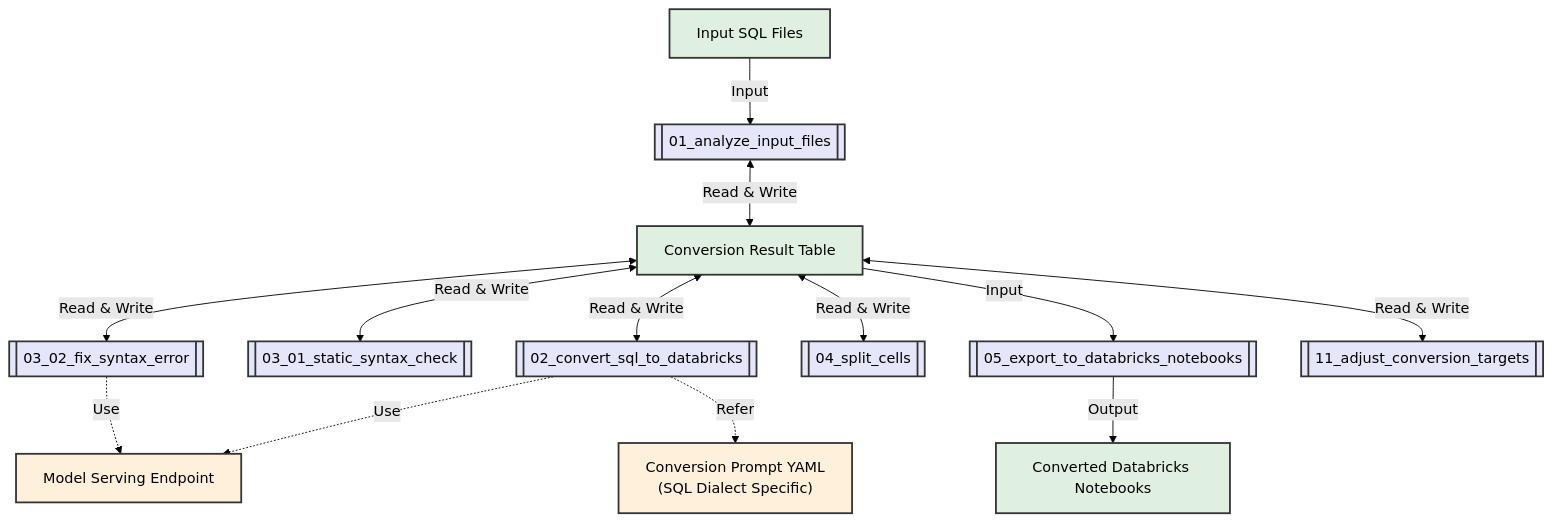
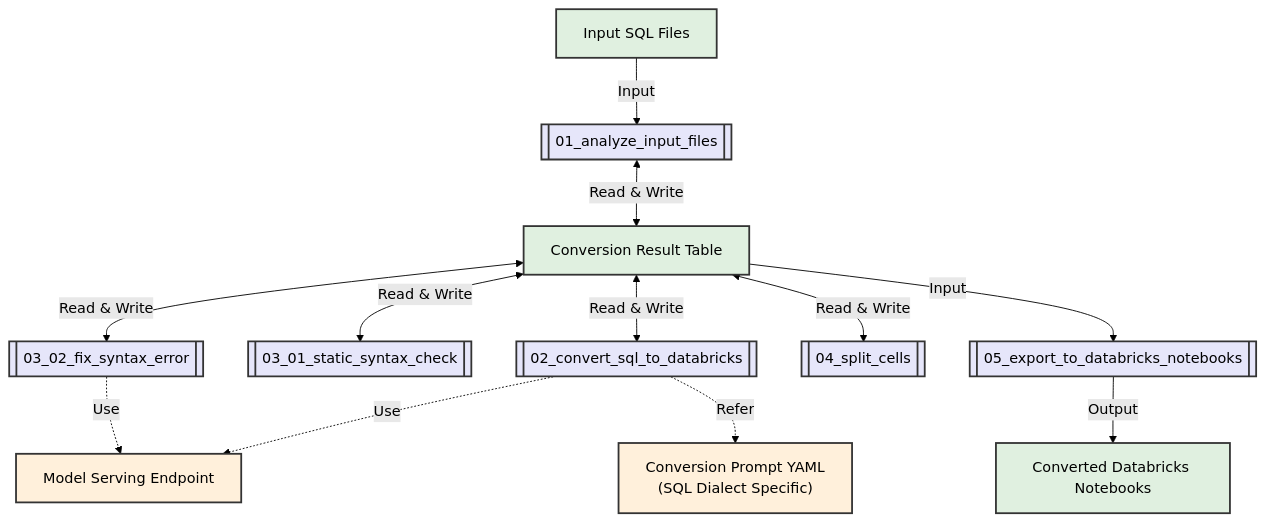
The diagram in docs/lakebridge/docs/transpile/switch_overview.mdx (hiroyukinakazato-db/lakebridge), drawn with Mermaid (forest theme) before and after one commit. The commit also changed other lines of this file, not shown here.

````diff
--- a/docs/lakebridge/docs/transpile/switch_overview.mdx
+++ b/docs/lakebridge/docs/transpile/switch_overview.mdx
@@ -250,29 +243,27 @@
 ```mermaid
 flowchart TD
     input[Input SQL Files] -->|Input| analyze[[01_analyze_input_files]]
     analyze <-->|Read & Write| conversionTable[Conversion Result Table]
 
     conversionTable <-->|Read & Write| convert[[02_convert_sql_to_databricks]]
     convert -.->|Use| endpoint[Model Serving Endpoint]
     convert -.->|Refer| prompts["Conversion Prompt YAML<br/>(SQL Dialect Specific)"]
 
     conversionTable <-->|Read & Write| validate[[03_01_static_syntax_check]]
 
     conversionTable <-->|Read & Write| fixErrors[[03_02_fix_syntax_error]]
     fixErrors -.->|Use| endpoint
 
     conversionTable <-->|Read & Write| splitCells[[04_split_cells]]
 
     conversionTable -->|Input| export[[05_export_to_databricks_notebooks]]
     export -->|Output| notebooks[Converted Databricks Notebooks]
 
-    conversionTable <-->|Read & Write| adjust[[11_adjust_conversion_targets]]
-
     %% Styling
     classDef process fill:#E6E6FA,stroke:#333,stroke-width:2px;
-    class analyze,convert,validate,fixErrors,splitCells,adjust,export process;
+    class analyze,convert,validate,fixErrors,splitCells,export process;
     classDef data fill:#E0F0E0,stroke:#333,stroke-width:2px;
     class input,conversionTable,notebooks data;
     classDef external fill:#FFF0DB,stroke:#333,stroke-width:2px;
     class endpoint,prompts external;
 ```
````
